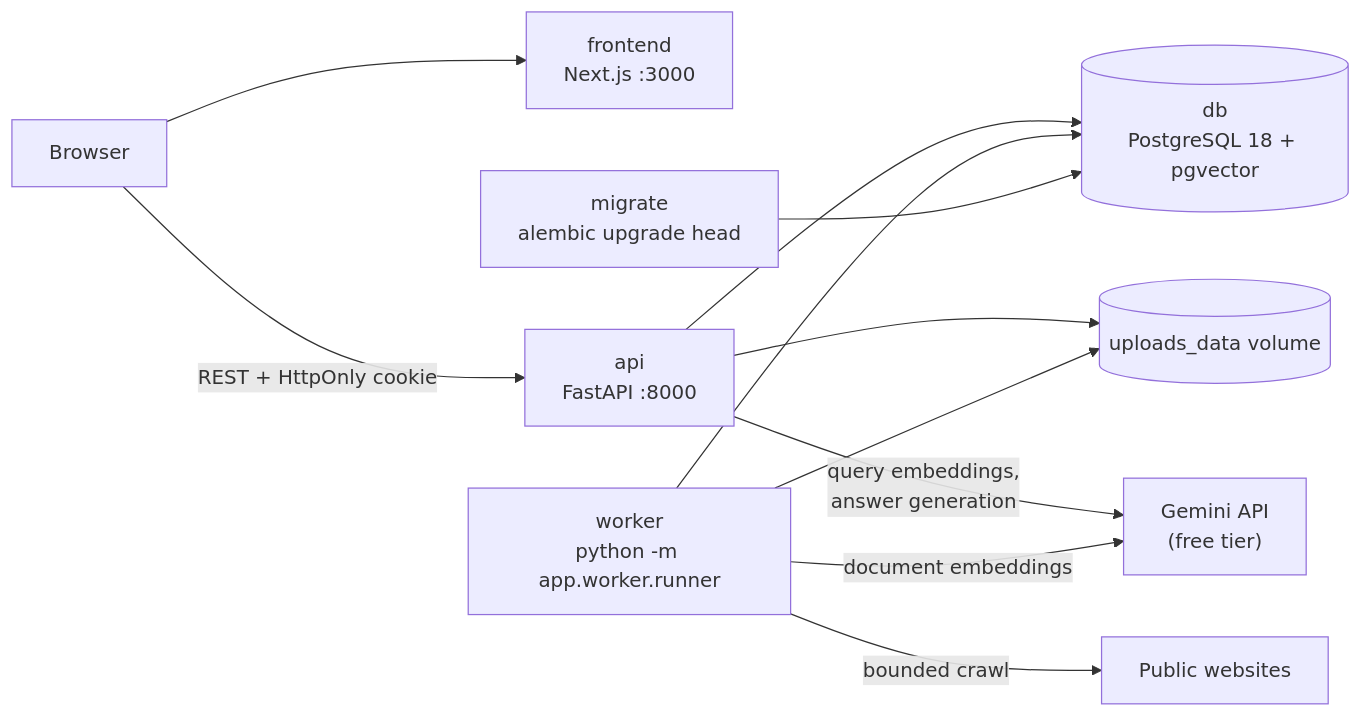
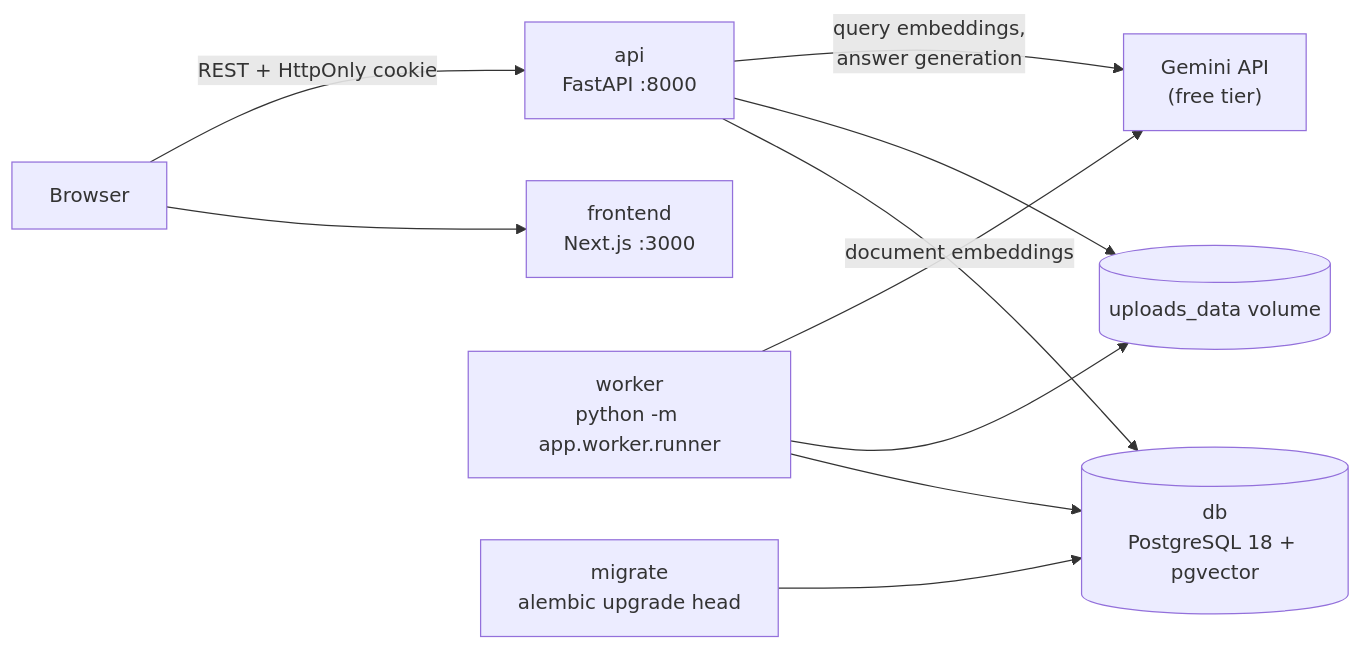
The second of 4 diagrams in docs/architecture/overview.md (luphone04/knowbase-ai), drawn with Mermaid before and after one commit. The commit also changed other lines of this file and 5 other files, not shown here.

First line of the commit message:
docs: file-upload-only scope (ADR 0008); update SPEC, README, architecture, status

````diff
--- a/docs/architecture/overview.md
+++ b/docs/architecture/overview.md
@@ -55,13 +56,12 @@
 ```mermaid
 flowchart LR
     B["Browser"] --> FE["frontend<br/>Next.js :3000"]
     B -->|"REST + HttpOnly cookie"| API["api<br/>FastAPI :8000"]
     API --> DB[("db<br/>PostgreSQL 18 + pgvector")]
     W["worker<br/>python -m app.worker.runner"] --> DB
     API --> UP[("uploads_data volume")]
     W --> UP
     API -->|"query embeddings,<br/>answer generation"| G["Gemini API<br/>(free tier)"]
     W -->|"document embeddings"| G
-    W -->|"bounded crawl"| WEB["Public websites"]
     M["migrate<br/>alembic upgrade head"] --> DB
 ```
````
